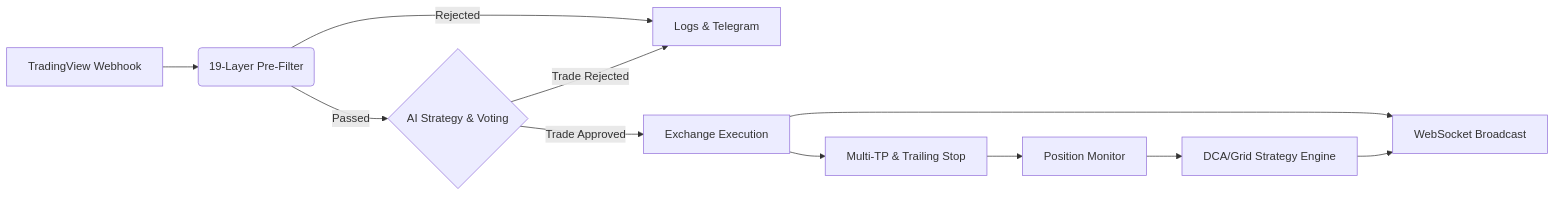
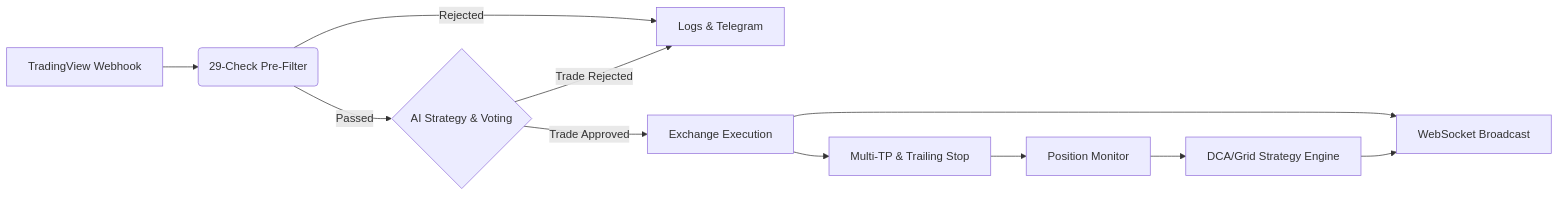
One commit to ikun52012/QuantPilot-AI changed the diagram in README.md. Above: the diagram before and after it, drawn with Mermaid. The commit also changed other lines of this file and 8 other files, not shown here.

````diff
--- a/README.md
+++ b/README.md
@@ -180,13 +180,13 @@
 ```mermaid
 graph LR
-    A[TradingView Webhook] --> B(19-Layer Pre-Filter)
+    A[TradingView Webhook] --> B(29-Check Pre-Filter)
     B --> |Passed| C{AI Strategy & Voting}
     B --> |Rejected| F[Logs & Telegram]
     C --> |Trade Approved| D[Exchange Execution]
     C --> |Trade Rejected| F
     D --> E[Multi-TP & Trailing Stop]
     D --> G[WebSocket Broadcast]
     E --> H[Position Monitor]
     H --> I[DCA/Grid Strategy Engine]
     I --> G
 ```
````
